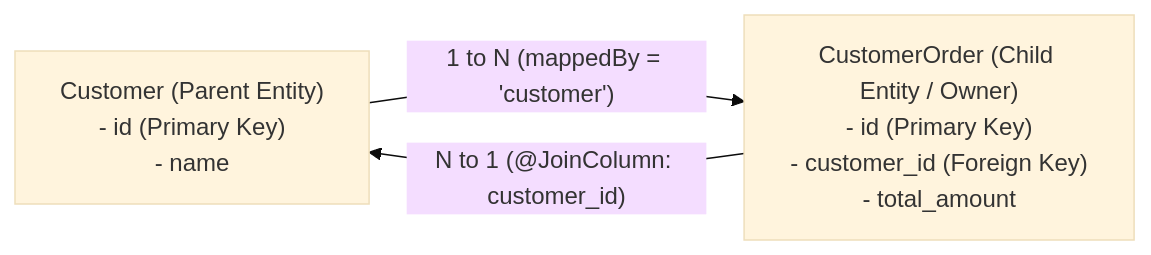
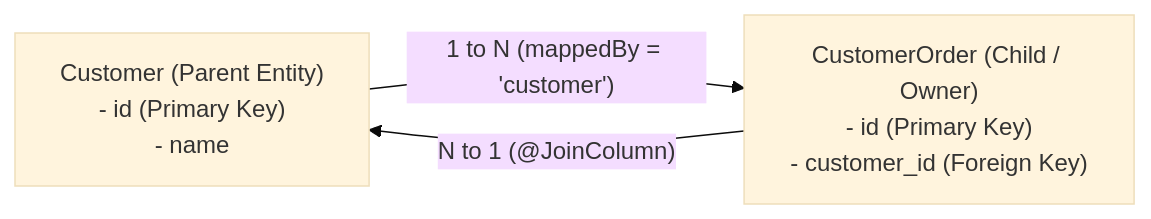
One commit to rohithgowda18/Notes changed diagram 18 of 21 in 06-Java-and-Spring-Boot/Spring Boot Interview Guide.md. Above: the diagram before and after it, drawn with Mermaid (base theme). The commit also changed other lines of this file, not shown here.

````diff
--- a/06-Java-and-Spring-Boot/Spring Boot Interview Guide.md
+++ b/06-Java-and-Spring-Boot/Spring Boot Interview Guide.md
@@ -1433,8 +1093,8 @@
 ```mermaid
 flowchart LR
     Customer["Customer (Parent Entity)<br/>- id (Primary Key)<br/>- name"]
-    OrderEntity["CustomerOrder (Child Entity / Owner)<br/>- id (Primary Key)<br/>- customer_id (Foreign Key)<br/>- total_amount"]
+    OrderEntity["CustomerOrder (Child / Owner)<br/>- id (Primary Key)<br/>- customer_id (Foreign Key)"]
 
     Customer -- "1 to N (mappedBy = 'customer')" --> OrderEntity
-    OrderEntity -- "N to 1 (@JoinColumn: customer_id)" --> Customer
+    OrderEntity -- "N to 1 (@JoinColumn)" --> Customer
 ```
````
